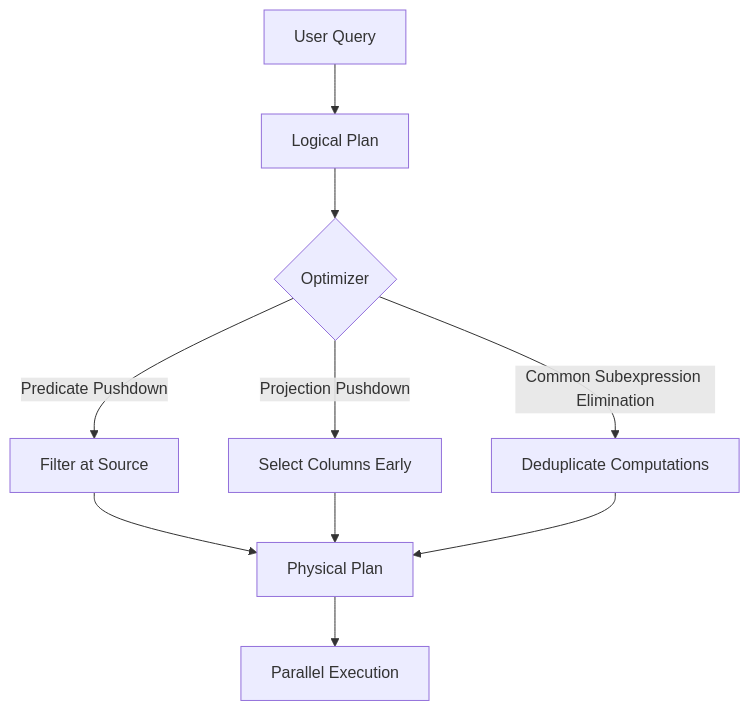
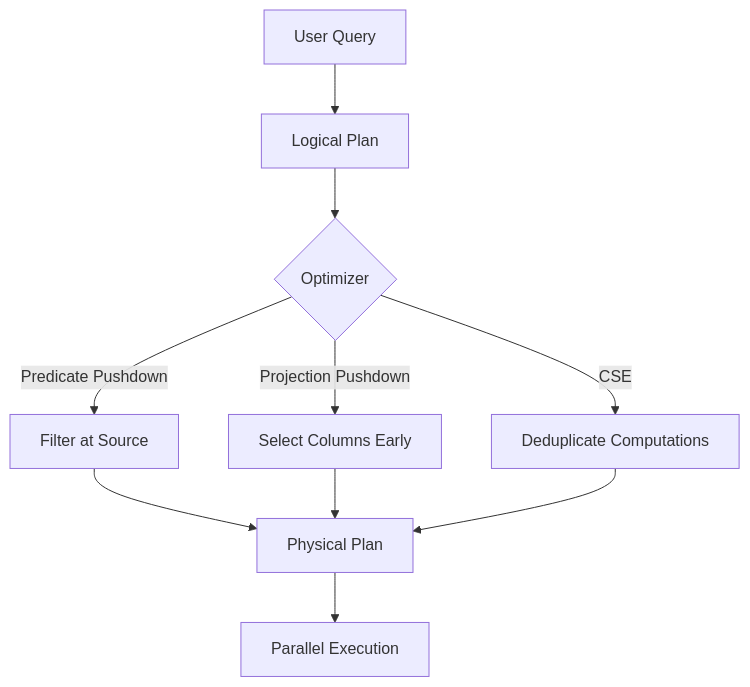
Before and after one commit to Leito2/Learning: the first of 2 diagrams in SW-ML-AI Engineering/14 - Rust Engineering/07 - Polars Internals and Advanced/00 - Welcome to Polars Internals.md, drawn with Mermaid. The commit also changed other lines of this file and 123 other files, not shown here.

````diff
--- a/SW-ML-AI Engineering/14 - Rust Engineering/07 - Polars Internals and Advanced/00 - Welcome to Polars Internals.md
+++ b/SW-ML-AI Engineering/14 - Rust Engineering/07 - Polars Internals and Advanced/00 - Welcome to Polars Internals.md
@@ -106,12 +129,12 @@
 ```mermaid
 graph TD
     A[User Query] --> B[Logical Plan]
     B --> C{Optimizer}
     C -->|Predicate Pushdown| D[Filter at Source]
     C -->|Projection Pushdown| E[Select Columns Early]
-    C -->|Common Subexpression Elimination| F[Deduplicate Computations]
+    C -->|CSE| F[Deduplicate Computations]
     D --> G[Physical Plan]
     E --> G
     F --> G
     G --> H[Parallel Execution]
 ```
````
